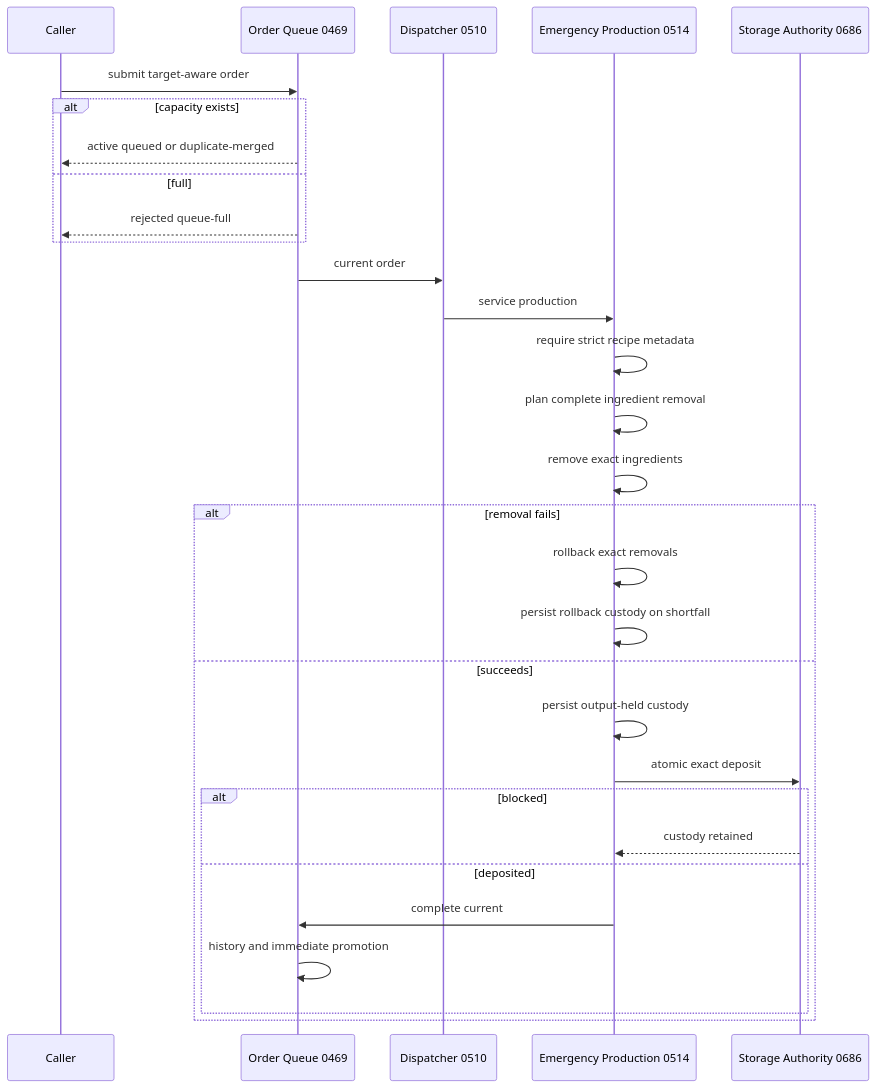
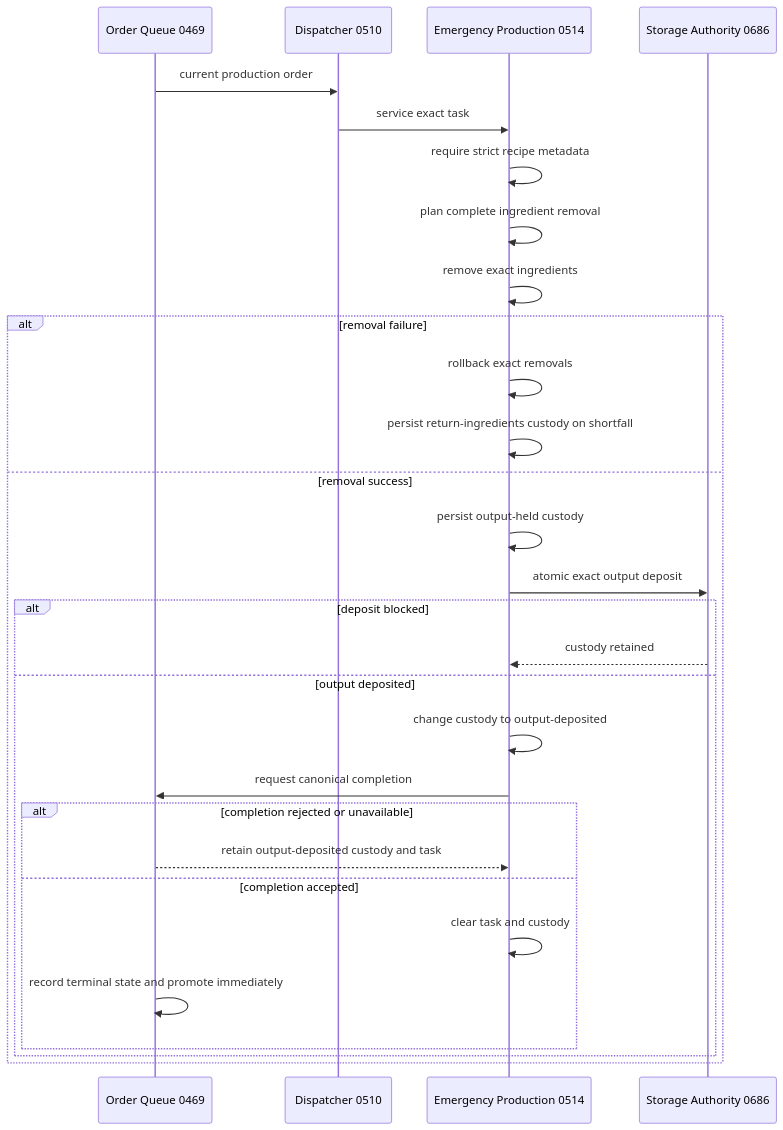
The fourth of 15 diagrams in docs/RECOVERY_AUTHORITY_MAP_CURRENT.md (mrcalzon02/Tech-Priests), drawn with Mermaid before and after one commit. The commit also changed other lines of this file, not shown here.

Commit message:
Align current recovery authority map

````diff
--- a/docs/RECOVERY_AUTHORITY_MAP_CURRENT.md
+++ b/docs/RECOVERY_AUTHORITY_MAP_CURRENT.md
@@ -86,33 +87,32 @@
 ```mermaid
 sequenceDiagram
-    participant Caller
     participant Q as Order Queue 0469
     participant D as Dispatcher 0510
     participant E as Emergency Production 0514
     participant S as Storage Authority 0686
 
-    Caller->>Q: submit target-aware order
-    alt capacity exists
-        Q-->>Caller: active queued or duplicate-merged
-    else full
-        Q-->>Caller: rejected queue-full
-    end
-    Q->>D: current order
-    D->>E: service production
+    Q->>D: current production order
+    D->>E: service exact task
     E->>E: require strict recipe metadata
     E->>E: plan complete ingredient removal
     E->>E: remove exact ingredients
-    alt removal fails
+    alt removal failure
         E->>E: rollback exact removals
-        E->>E: persist rollback custody on shortfall
-    else succeeds
+        E->>E: persist return-ingredients custody on shortfall
+    else removal success
         E->>E: persist output-held custody
-        E->>S: atomic exact deposit
-        alt blocked
+        E->>S: atomic exact output deposit
+        alt deposit blocked
             S-->>E: custody retained
-        else deposited
-            E->>Q: complete current
-            Q->>Q: history and immediate promotion
+        else output deposited
+            E->>E: change custody to output-deposited
+            E->>Q: request canonical completion
+            alt completion rejected or unavailable
+                Q-->>E: retain output-deposited custody and task
+            else completion accepted
+                E->>E: clear task and custody
+                Q->>Q: record terminal state and promote immediately
+            end
         end
     end
 ```
````
